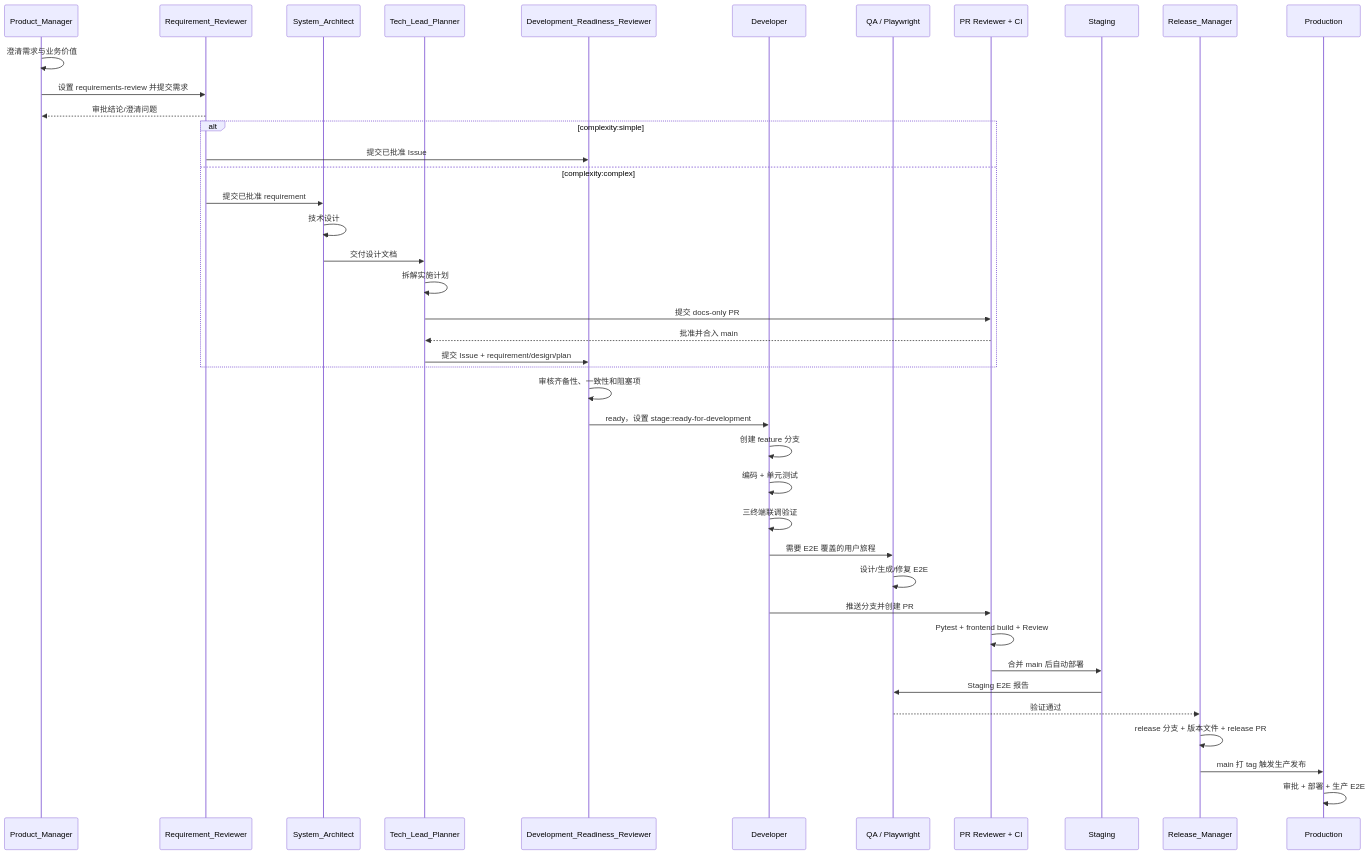
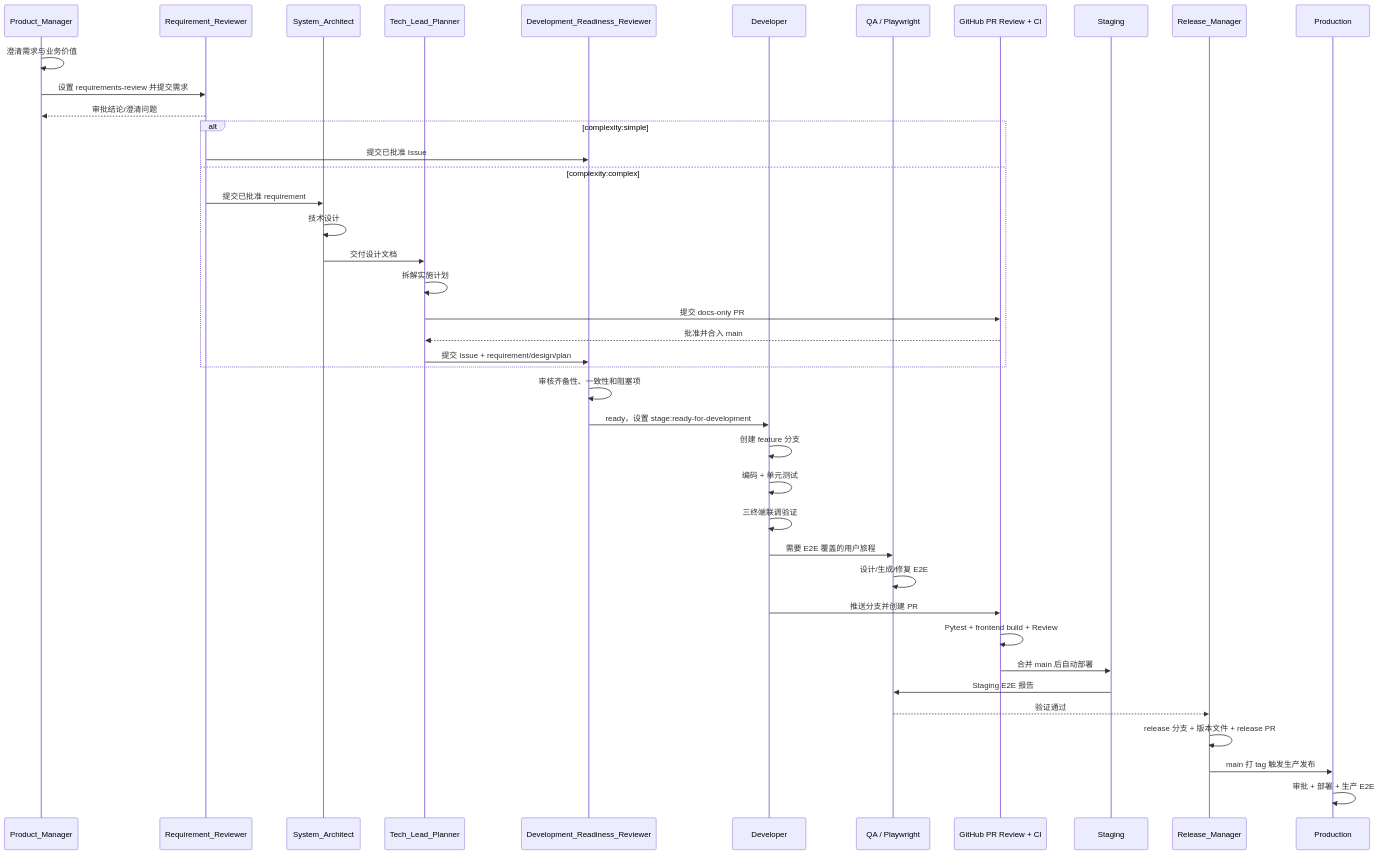
One commit to JumpStarGroup/health_platform changed diagram 16 of 17 in docs/PROJECT-WORKFLOW-ROLES.md. Above: the diagram before and after it, drawn with Mermaid. The commit also changed other lines of this file and 5 other files, not shown here.

First line of the commit message:
docs: clarify GitHub PR review gate

````diff
--- a/docs/PROJECT-WORKFLOW-ROLES.md
+++ b/docs/PROJECT-WORKFLOW-ROLES.md
@@ -679,44 +689,44 @@
 ```mermaid
 sequenceDiagram
     participant PM as Product_Manager
     participant RA as Requirement_Reviewer
     participant ARCH as System_Architect
     participant TL as Tech_Lead_Planner
     participant DRR as Development_Readiness_Reviewer
     participant DEV as Developer
     participant QA as QA / Playwright
-    participant PR as PR Reviewer + CI
+    participant PR as GitHub PR Review + CI
     participant STG as Staging
     participant RM as Release_Manager
     participant PROD as Production
 
     PM->>PM: 澄清需求与业务价值
     PM->>RA: 设置 requirements-review 并提交需求
     RA-->>PM: 审批结论/澄清问题
     alt complexity:simple
         RA->>DRR: 提交已批准 Issue
     else complexity:complex
         RA->>ARCH: 提交已批准 requirement
         ARCH->>ARCH: 技术设计
         ARCH->>TL: 交付设计文档
         TL->>TL: 拆解实施计划
         TL->>PR: 提交 docs-only PR
         PR-->>TL: 批准并合入 main
         TL->>DRR: 提交 Issue + requirement/design/plan
     end
     DRR->>DRR: 审核齐备性、一致性和阻塞项
     DRR->>DEV: ready，设置 stage:ready-for-development
     DEV->>DEV: 创建 feature 分支
     DEV->>DEV: 编码 + 单元测试
     DEV->>DEV: 三终端联调验证
     DEV->>QA: 需要 E2E 覆盖的用户旅程
     QA->>QA: 设计/生成/修复 E2E
     DEV->>PR: 推送分支并创建 PR
     PR->>PR: Pytest + frontend build + Review
     PR->>STG: 合并 main 后自动部署
     STG->>QA: Staging E2E 报告
     QA-->>RM: 验证通过
     RM->>RM: release 分支 + 版本文件 + release PR
     RM->>PROD: main 打 tag 触发生产发布
     PROD->>PROD: 审批 + 部署 + 生产 E2E
 ```
````
